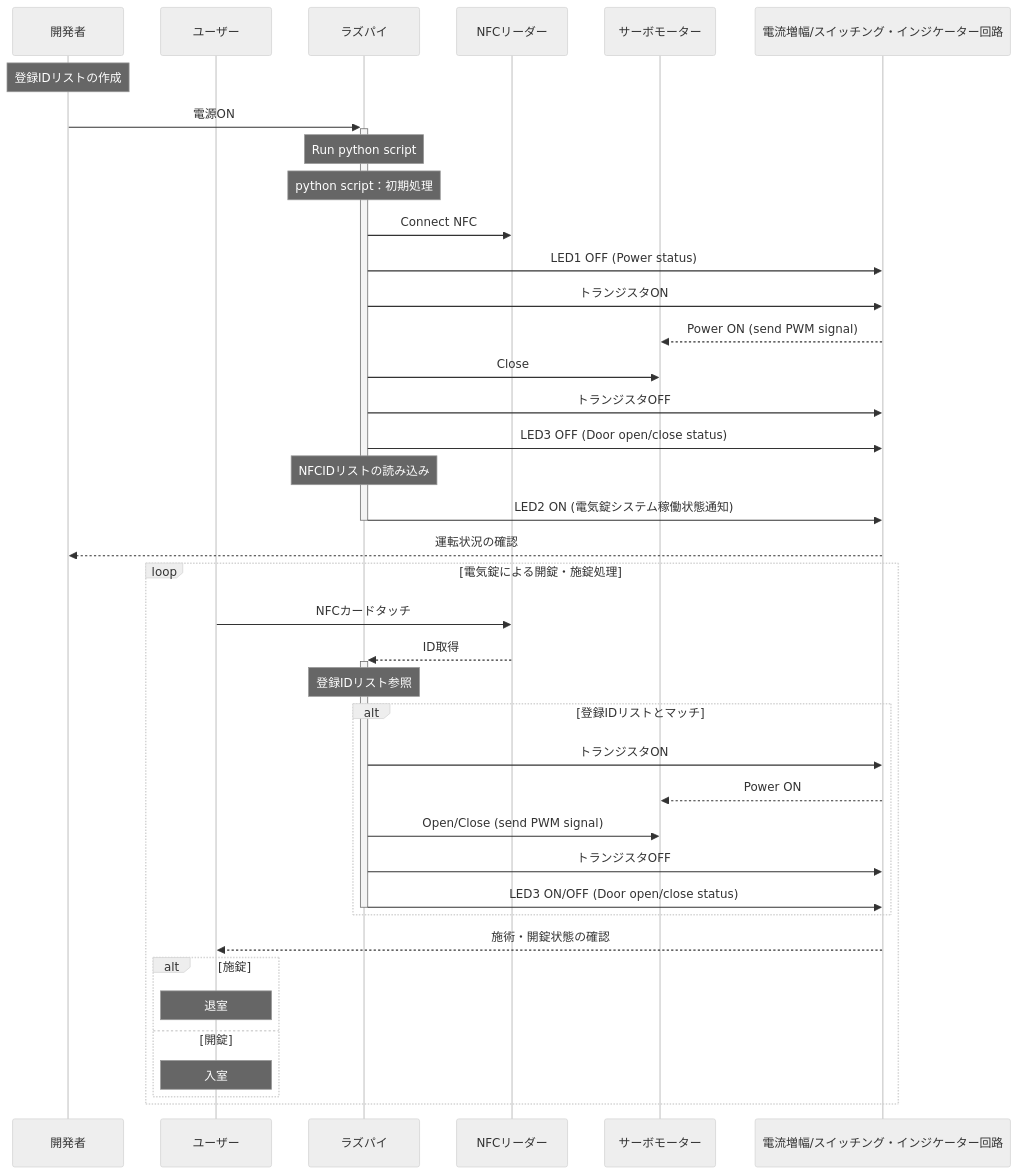
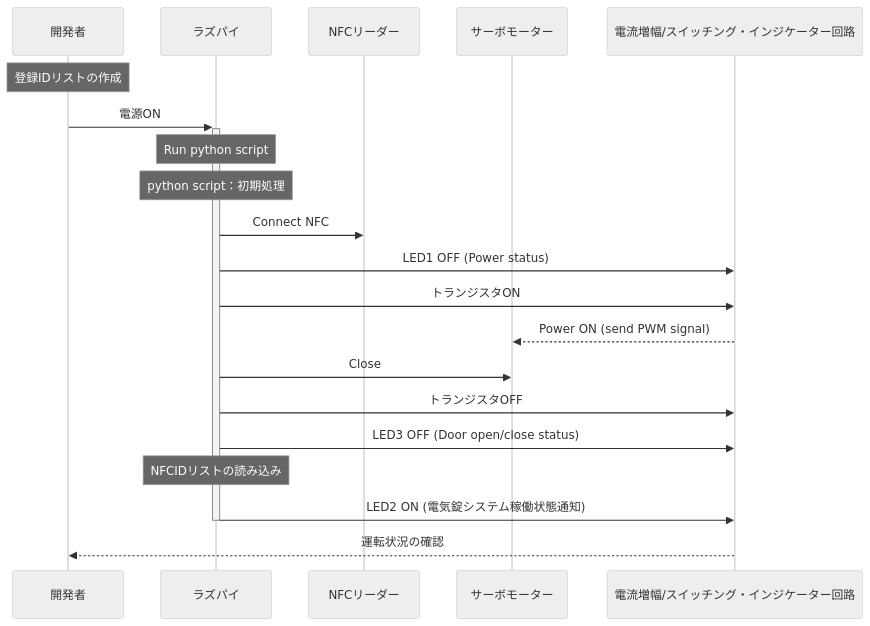
One commit to YUKI-SOKENDAI/SmartLock changed the second of 3 diagrams in memo/SystemMEMO.md. Above: the diagram before and after it, drawn with Mermaid (neutral theme).

````diff
--- a/memo/SystemMEMO.md
+++ b/memo/SystemMEMO.md
@@ -63,49 +63,25 @@
 ```mermaid
 sequenceDiagram
     participant user as 開発者
-    participant user1 as ユーザー
     participant raspi as ラズパイ
     participant nfc as NFCリーダー
     participant servo as サーボモーター
     participant circuit as 電流増幅/スイッチング・インジケーター回路
     
     # hoge
     Note over user: 登録IDリストの作成
     user->>+raspi: 電源ON
     Note over raspi : Run python script
     Note over raspi : python script：初期処理
     
     raspi->>nfc: Connect NFC
     raspi->>circuit: LED1 OFF (Power status)
     raspi->>circuit: トランジスタON
     circuit-->>servo: Power ON (send PWM signal)
     raspi->>servo: Close
     raspi->>circuit: トランジスタOFF
     raspi->>circuit: LED3 OFF (Door open/close status)
     Note over raspi : NFCIDリストの読み込み
     raspi->>-circuit: LED2 ON (電気錠システム稼働状態通知)
     circuit-->>user: 運転状況の確認
-    
-    loop 電気錠による開錠・施錠処理
-        user1->>nfc: NFCカードタッチ
-        nfc-->>+raspi:ID取得
-        Note over raspi: 登録IDリスト参照
-        alt 登録IDリストとマッチ
-            raspi->>circuit: トランジスタON
-            circuit-->>servo: Power ON
-            raspi->>servo: Open/Close (send PWM signal)
-            raspi->>circuit: トランジスタOFF
-            raspi->>-circuit: LED3 ON/OFF (Door open/close status) 
-        end
-    
-        circuit-->>user1 : 施術・開錠状態の確認
-        alt 施錠
-            Note over user1 :退室
-        else 開錠
-            Note over user1 :入室
-        end
-    end
-    
-    #raspi-->>user: こんにちは！！
-
-```
+``` 
````
